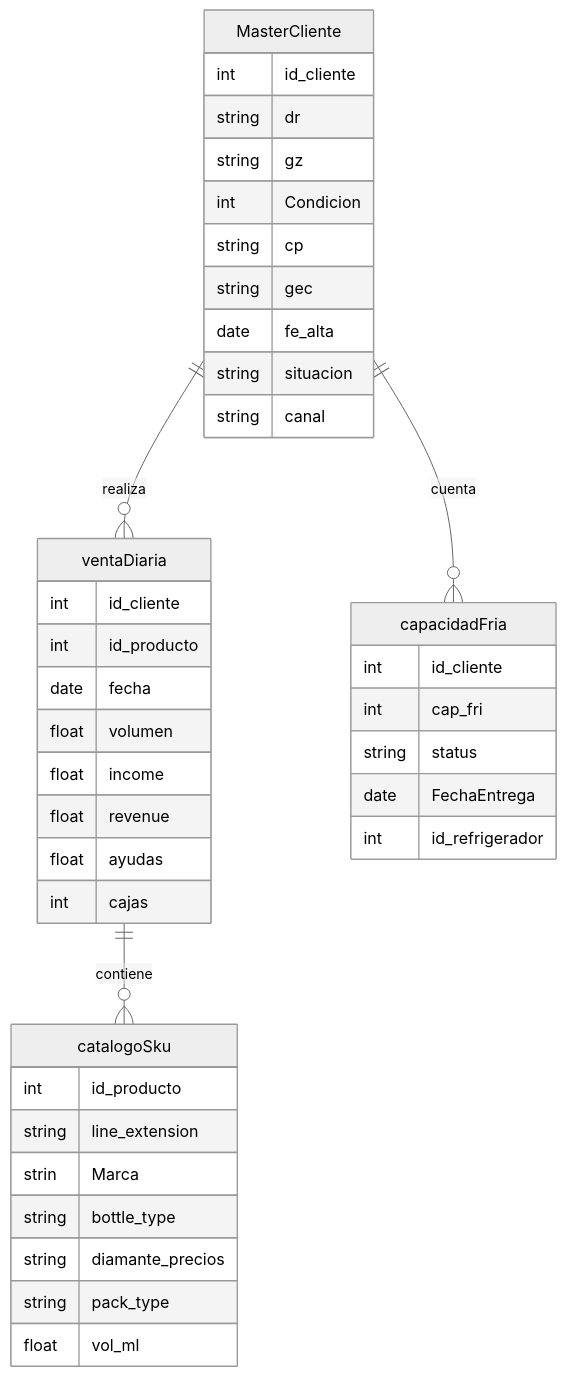
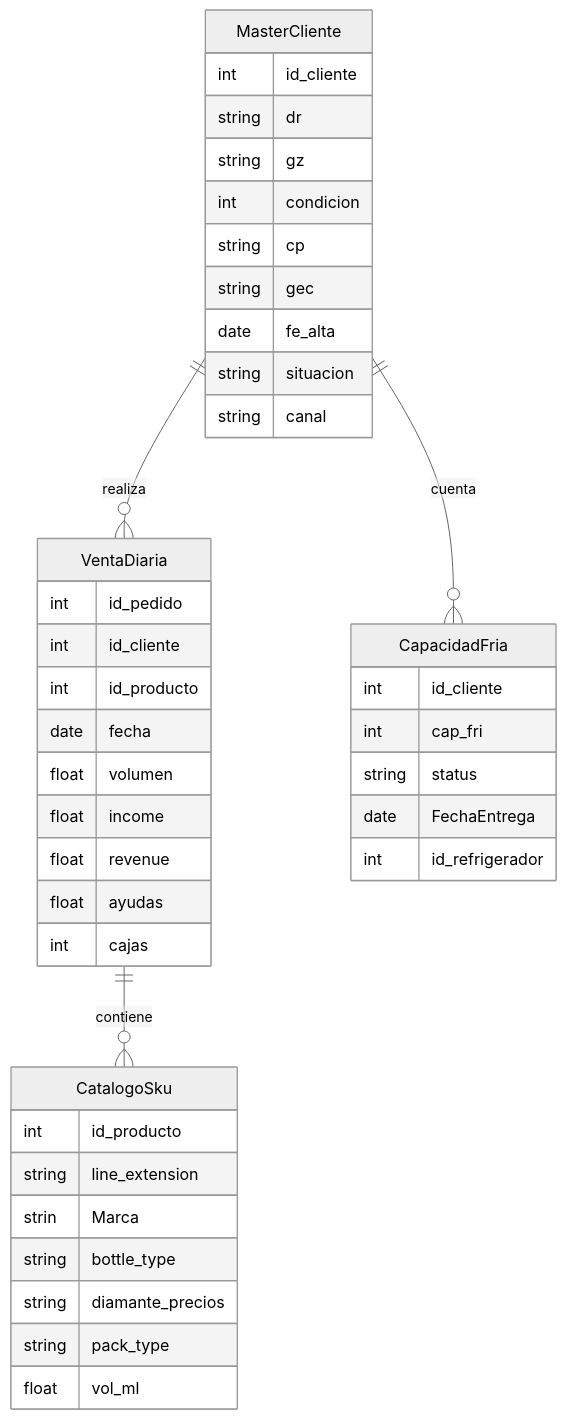
Before and after one commit to aldojda/ClaseBDRelacionales: the diagram in tarea3.md, drawn with Mermaid (neutral theme). The commit also changed other lines of this file, not shown here.

````diff
--- a/tarea3.md
+++ b/tarea3.md
@@ -5,43 +29,44 @@
 ```mermaid
 erDiagram
-    MasterCliente ||--o{ ventaDiaria : realiza
+    MasterCliente ||--o{ VentaDiaria : realiza
     MasterCliente {
         int id_cliente
         string dr
         string gz
-        int Condicion
+        int condicion
         string cp
         string gec
         date fe_alta
         string situacion
         string canal
     }
-    ventaDiaria {
+    VentaDiaria {
+        int id_pedido
         int id_cliente
         int id_producto
         date fecha
         float volumen 
         float income
         float revenue
         float ayudas
         int   cajas
         }
-    MasterCliente ||--o{ capacidadFria : cuenta
-    capacidadFria {
+    MasterCliente ||--o{ CapacidadFria : cuenta
+    CapacidadFria {
         int id_cliente
         int cap_fri
         string status
         date FechaEntrega
         int id_refrigerador 
         }
-    ventaDiaria ||--o{ catalogoSku : contiene
-    catalogoSku {
+    VentaDiaria ||--o{ CatalogoSku : contiene
+    CatalogoSku {
         int id_producto
         string line_extension
         strin  Marca
         string bottle_type
         string diamante_precios
         string  pack_type
         float vol_ml 
         }
 ```
````
